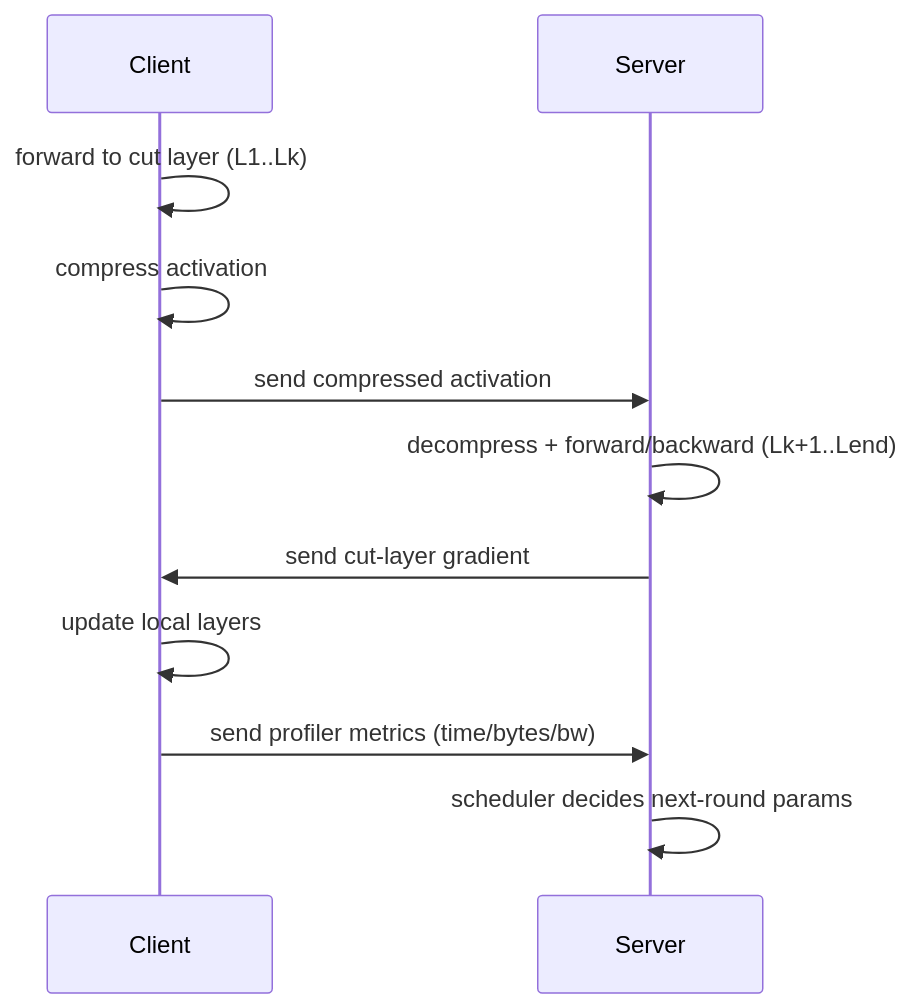
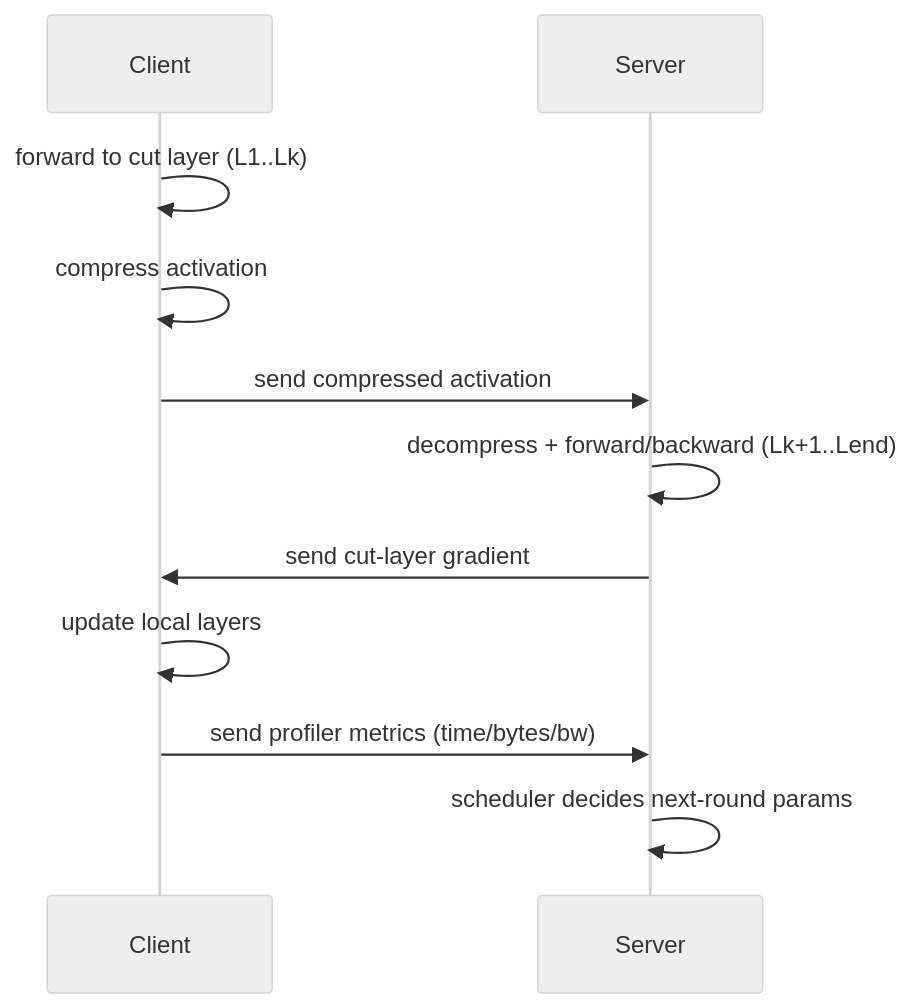
The diagram in paper/diagrams/Sequence.mmd (Neltharion1127/csc8114), drawn with Mermaid before and after one commit.

Commit message:
add some paper

```diff
--- a/paper/diagrams/Sequence.mmd
+++ b/paper/diagrams/Sequence.mmd
@@ -1,47 +1,27 @@
 %%{init: {
   'theme': 'neutral',
   'themeVariables': {
-    'fontFamily': 'Arial',
+    'fontFamily': 'arial',
     'fontSize': '14px',
-
-    /* Base colors */
-    'background': '#ffffff',
     'primaryColor': '#ffffff',
-    'secondaryColor': '#ffffff',
+    'primaryTextColor': '#000000',
+    'primaryBorderColor': '#000000',
+    'lineColor': '#000000',
+    'secondaryColor': '#f2f2f2',
     'tertiaryColor': '#ffffff',
-
-    /* Text + lines */
-    'primaryTextColor': '#000000',
-    'lineColor': '#000000',
-
-    /* Participant (actor) boxes */
-    'actorBkg': '#ffffff',
-    'actorBorder': '#000000',
-    'actorTextColor': '#000000',
-
-    /* Messages */
-    'signalColor': '#000000',
-    'signalTextColor': '#000000',
-
-    /* Activations */
-    'activationBkgColor': '#ffffff',
-    'activationBorderColor': '#000000',
-
-    /* Notes (if used later) */
-    'noteBkgColor': '#ffffff',
-    'noteTextColor': '#000000',
-    'noteBorderColor': '#000000'
+    'clusterBkg': 'none',
+    'clusterBorder': '#000000'
   }
 } }%%
 sequenceDiagram
   participant C as Client
   participant S as Server
 
   C->>C: forward to cut layer (L1..Lk)
   C->>C: compress activation
   C->>S: send compressed activation
   S->>S: decompress + forward/backward (Lk+1..Lend)
   S->>C: send cut-layer gradient
   C->>C: update local layers
   C->>S: send profiler metrics (time/bytes/bw)
   S->>S: scheduler decides next-round params
```
